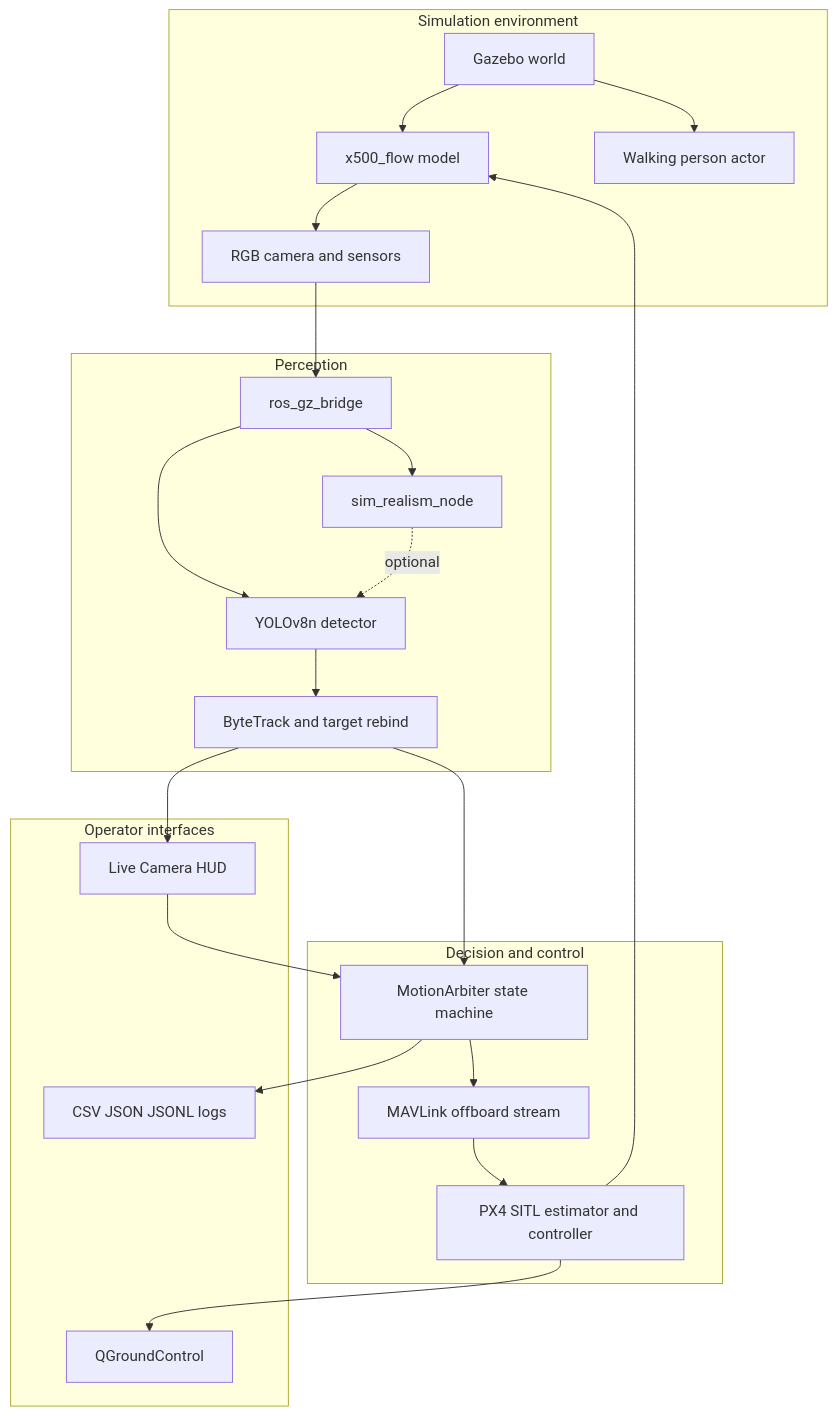
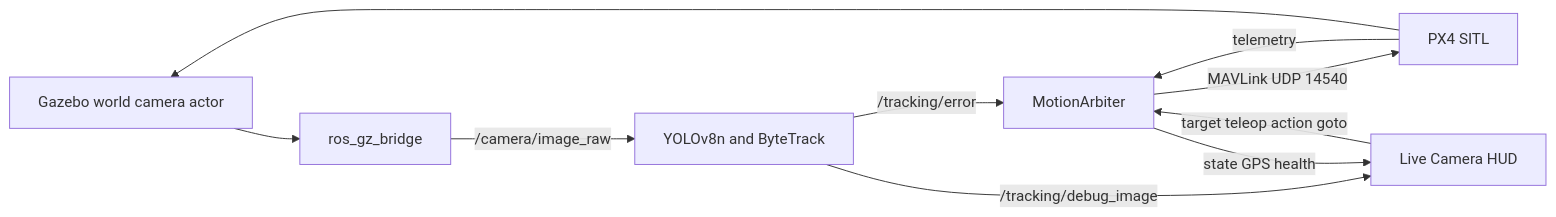
Before and after one commit to PhamNguyenThanhTung/drone-project: the diagram in PROJECT_REPORT.md, drawn with Mermaid. The commit also changed other lines of this file and 29 other files, not shown here.

Commit message:
fix: stabilize tracking control and runtime timing

````diff
--- a/PROJECT_REPORT.md
+++ b/PROJECT_REPORT.md
@@ -113,45 +20,12 @@
-```mermaid
-flowchart TB
-    subgraph Simulation[Simulation environment]
-        WORLD[Gazebo world]
-        VEHICLE[x500_flow model]
-        ACTOR[Walking person actor]
-        CAMERA[RGB camera and sensors]
-    end
-
-    subgraph Perception[Perception]
-        BRIDGE[ros_gz_bridge]
-        REALISM[sim_realism_node]
-        DETECTOR[YOLOv8n detector]
-        TRACKER[ByteTrack and target rebind]
-    end
-
-    subgraph Decision[Decision and control]
-        ARBITER[MotionArbiter state machine]
-        MAV[MAVLink offboard stream]
-        PX4[PX4 SITL estimator and controller]
-    end
-
-    subgraph Operator[Operator interfaces]
-        HUD[Live Camera HUD]
-        QGC[QGroundControl]
-        LOGS[CSV JSON JSONL logs]
-    end
-
-    WORLD --> VEHICLE
-    WORLD --> ACTOR
-    VEHICLE --> CAMERA
-    CAMERA --> BRIDGE
-    BRIDGE --> REALISM
-    BRIDGE --> DETECTOR
-    REALISM -. optional .-> DETECTOR
-    DETECTOR --> TRACKER
-    TRACKER --> ARBITER
-    ARBITER --> MAV
-    MAV --> PX4
-    PX4 --> VEHICLE
-    TRACKER --> HUD
-    HUD --> ARBITER
-    PX4 --> QGC
-    ARBITER --> LOGS
-```
+~~~mermaid
+flowchart LR
+  GZ[Gazebo world camera actor] --> BR[ros_gz_bridge]
+  BR -->|/camera/image_raw| YOLO[YOLOv8n and ByteTrack]
+  YOLO -->|/tracking/error| ARB[MotionArbiter]
+  YOLO -->|/tracking/debug_image| HUD[Live Camera HUD]
+  HUD -->|target teleop action goto| ARB
+  ARB -->|MAVLink UDP 14540| PX4[PX4 SITL]
+  PX4 -->|telemetry| ARB
+  PX4 --> GZ
+  ARB -->|state GPS health| HUD
+~~~
````
